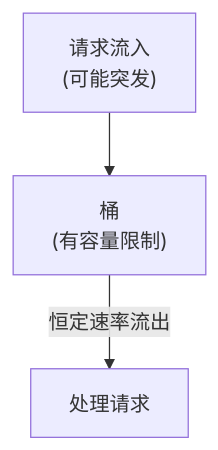
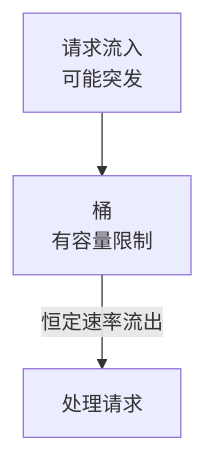
One commit to jpixy/jpixy.github.io changed the first of 6 diagrams in content/articles/system-design/sd-13-分布式限流器设计.md. Above: the diagram before and after it, drawn with Mermaid. The commit also changed other lines of this file and 66 other files, not shown here.

Commit message:
fix: resolve Mermaid syntax errors by removing parentheses in node labels

````diff
--- a/content/articles/system-design/sd-13-分布式限流器设计.md
+++ b/content/articles/system-design/sd-13-分布式限流器设计.md
@@ -117,5 +117,5 @@
 ```mermaid
 graph TB
-    IN["请求流入<br>(可能突发)"] --> BUCKET["桶<br>(有容量限制)"]
+    IN["请求流入<br/>可能突发"] --> BUCKET["桶<br/>有容量限制"]
     BUCKET -->|恒定速率流出| OUT["处理请求"]
 ```
````
